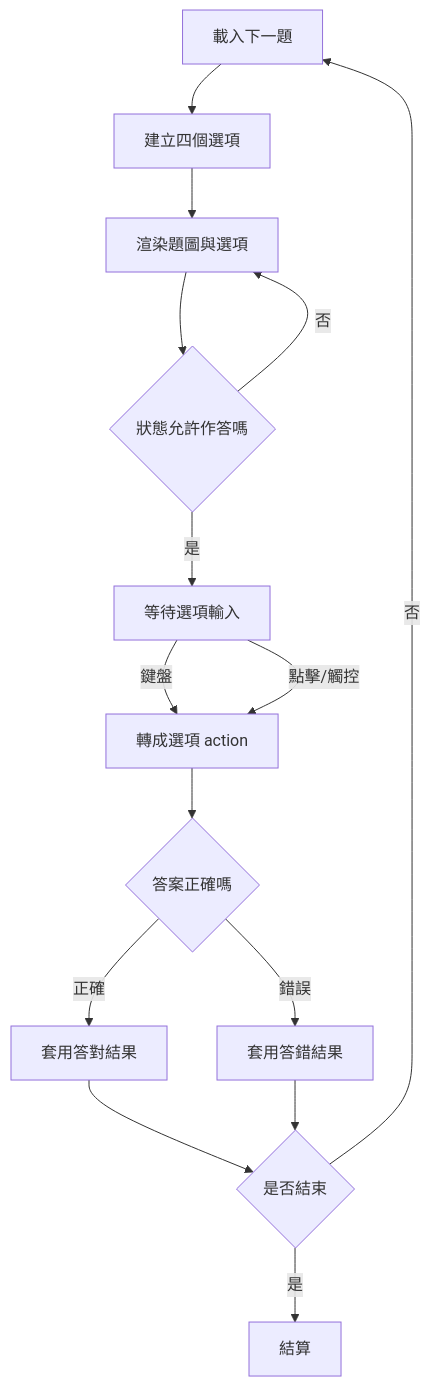
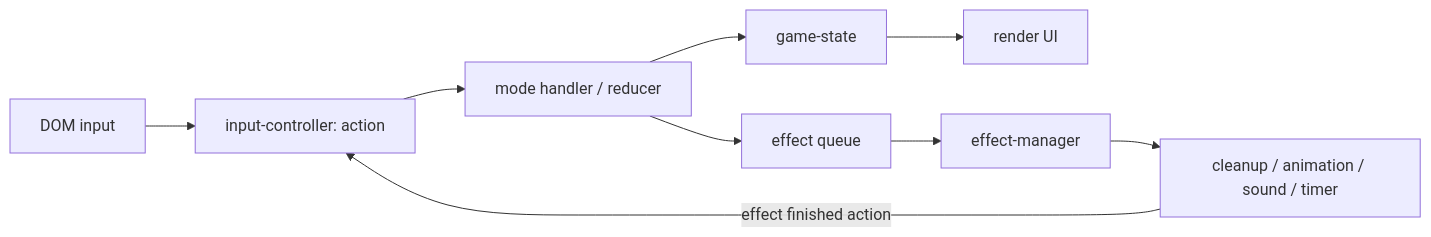
The first of 3 diagrams in README.md (gchlin/Organic-Sorting-Game), drawn with Mermaid before and after one commit. The commit also changed other lines of this file, not shown here.

````diff
--- a/README.md
+++ b/README.md
@@ -65,17 +94,11 @@
 ```mermaid
-flowchart TD
-  A[載入下一題] --> B[建立四個選項]
-  B --> C[渲染題圖與選項]
-  C --> D{狀態允許作答嗎}
-  D -->|否| C
-  D -->|是| E[等待選項輸入]
-  E -->|鍵盤| F[轉成選項 action]
-  E -->|點擊/觸控| F
-  F --> G{答案正確嗎}
-  G -->|正確| H[套用答對結果]
-  G -->|錯誤| I[套用答錯結果]
-  H --> J{是否結束}
-  I --> J
-  J -->|否| A
-  J -->|是| K[結算]
+flowchart LR
+  A[DOM input] --> B[input-controller: action]
+  B --> C[mode handler / reducer]
+  C --> D[game-state]
+  C --> E[effect queue]
+  D --> F[render UI]
+  E --> G[effect-manager]
+  G --> H[cleanup / animation / sound / timer]
+  H -->|effect finished action| B
 ```
````
